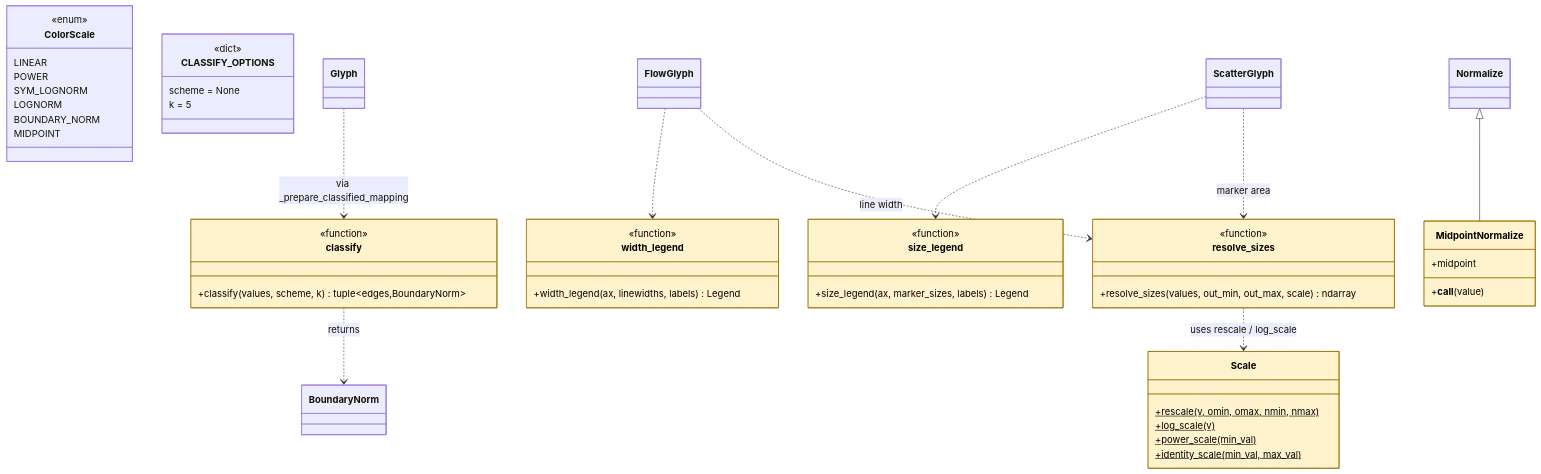
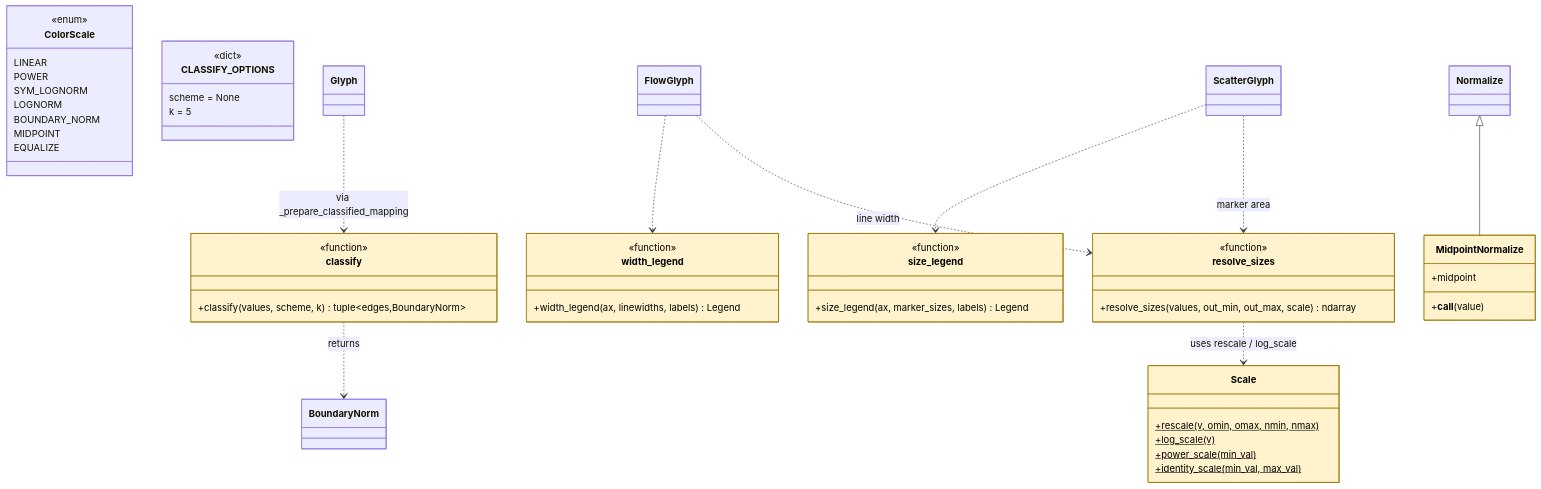
The third of 5 diagrams in docs/diagrams/glyph-architecture.md (serapeum-org/cleopatra), drawn with Mermaid before and after one commit. The commit also changed other lines of this file and 8 other files, not shown here.

````diff
--- a/docs/diagrams/glyph-architecture.md
+++ b/docs/diagrams/glyph-architecture.md
@@ -184,59 +184,60 @@
 ```mermaid
 classDiagram
     class classify {
         <<function>>
         +classify(values, scheme, k) tuple~edges,BoundaryNorm~
     }
     class resolve_sizes {
         <<function>>
         +resolve_sizes(values, out_min, out_max, scale) ndarray
     }
     class size_legend {
         <<function>>
         +size_legend(ax, marker_sizes, labels) Legend
     }
     class width_legend {
         <<function>>
         +width_legend(ax, linewidths, labels) Legend
     }
     class Scale {
         +rescale(v, omin, omax, nmin, nmax)$
         +log_scale(v)$
         +power_scale(min_val)$
         +identity_scale(min_val, max_val)$
     }
     class MidpointNormalize {
         +midpoint
         +__call__(value)
     }
     class ColorScale {
         <<enum>>
         LINEAR
         POWER
         SYM_LOGNORM
         LOGNORM
         BOUNDARY_NORM
         MIDPOINT
+        EQUALIZE
     }
     class CLASSIFY_OPTIONS {
         <<dict>>
         scheme = None
         k = 5
     }
 
     Normalize <|-- MidpointNormalize
     classify ..> BoundaryNorm : returns
     resolve_sizes ..> Scale : uses rescale / log_scale
     ScatterGlyph ..> resolve_sizes : marker area
     ScatterGlyph ..> size_legend
     FlowGlyph ..> resolve_sizes : line width
     FlowGlyph ..> width_legend
     Glyph ..> classify : via _prepare_classified_mapping
 
     style classify fill:#fff3cd,stroke:#997404,color:#000
     style resolve_sizes fill:#fff3cd,stroke:#997404,color:#000
     style size_legend fill:#fff3cd,stroke:#997404,color:#000
     style width_legend fill:#fff3cd,stroke:#997404,color:#000
     style Scale fill:#fff3cd,stroke:#997404,color:#000
     style MidpointNormalize fill:#fff3cd,stroke:#997404,color:#000
 ```
````
